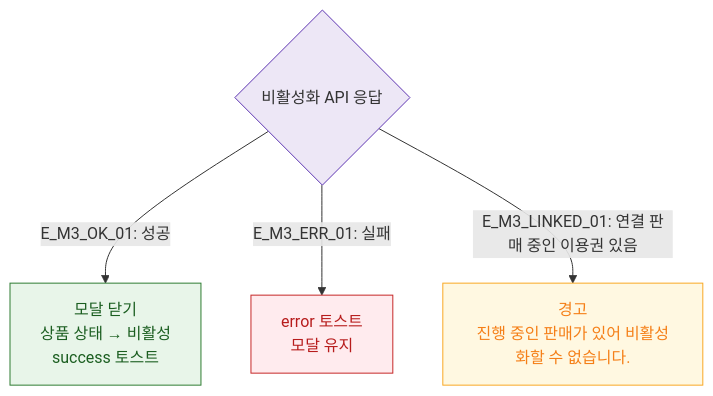
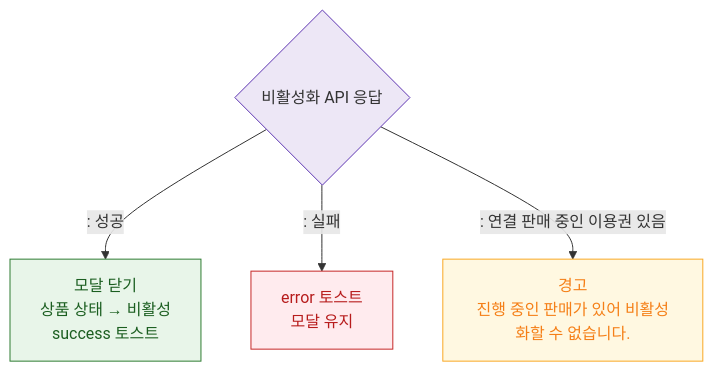
One commit to dev-spogym/admin-pando changed the diagram in docs/다이어그램/D05_상품관리/DLG/DLG-P004_비활성화안내/M3_결과분기.md. Above: the diagram before and after it, drawn with Mermaid. The commit also changed other lines of this file and 1660 other files, not shown here.

First line of the commit message:
다이어그램: 기획자/클라이언트 납품본으로 정리

````diff
--- a/docs/다이어그램/D05_상품관리/DLG/DLG-P004_비활성화안내/M3_결과분기.md
+++ b/docs/다이어그램/D05_상품관리/DLG/DLG-P004_비활성화안내/M3_결과분기.md
@@ -16,15 +14,15 @@
 ```mermaid
 flowchart TD
-    DeactivateAPI{비활성화 API 응답} -->|"E_M3_OK_01: 성공"| SuccessResult[모달 닫기\n상품 상태 → 비활성\nsuccess 토스트]
-    DeactivateAPI -->|"E_M3_ERR_01: 실패"| ErrResult[error 토스트\n모달 유지]
-    DeactivateAPI -->|"E_M3_LINKED_01: 연결 판매 중인 이용권 있음"| LinkedWarn[경고\n진행 중인 판매가 있어 비활성화할 수 없습니다.]
+    DeactivateAPI{비활성화 API 응답} -->|": 성공"|SuccessResult[모달 닫기\n상품 상태 → 비활성\nsuccess 토스트]
+    DeactivateAPI -->|": 실패"|ErrResult[error 토스트\n모달 유지]
+    DeactivateAPI -->|": 연결 판매 중인 이용권 있음"|LinkedWarn[경고\n진행 중인 판매가 있어 비활성화할 수 없습니다.]
 
     classDef success fill:#E8F5E9,stroke:#2E7D32,color:#1B5E20
     classDef warning fill:#FFF8E1,stroke:#F9A825,color:#F57F17
     classDef error fill:#FFEBEE,stroke:#C62828,color:#B71C1C
     classDef system fill:#EDE7F6,stroke:#5E35B2
     class SuccessResult success
     class LinkedWarn warning
     class ErrResult error
     class DeactivateAPI system
 ```
````
